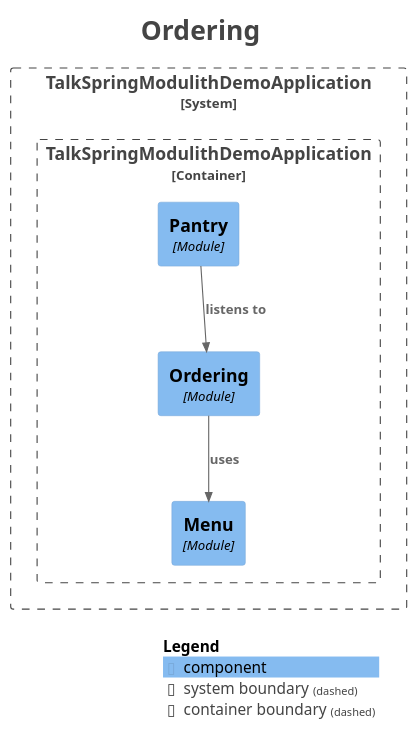
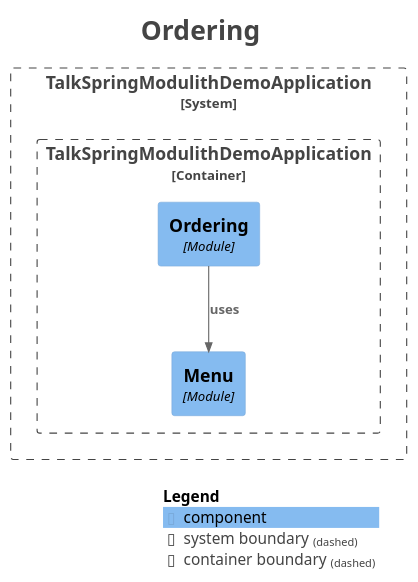
The second of 4 diagrams in README.md (neilpmas/talk-spring-modulith-demo), drawn with PlantUML before and after one commit.

Commit message:
fix: correct PlantUML relationships and remove unused Pantry component in README
- Adjusted relationship order in PlantUML diagram for clarity.
- Removed the unused Pantry component definition for consistency.

Took 46 seconds

````diff
--- a/README.md
+++ b/README.md
@@ -101,33 +101,31 @@
 ```plantuml
 @startuml
 title <size:24>Ordering</size>
 
 set separator none
 top to bottom direction
 
 <style>
   root {
     BackgroundColor: #ffffff
     FontColor: #444444
   }
 </style>
 
 !include <C4/C4>
 !include <C4/C4_Context>
 !include <C4/C4_Component>
 
 System_Boundary("TalkSpringModulithDemoApplication_boundary", "TalkSpringModulithDemoApplication", $tags="") {
   Container_Boundary("TalkSpringModulithDemoApplication.TalkSpringModulithDemoApplication_boundary", "TalkSpringModulithDemoApplication", $tags="") {
     Component(TalkSpringModulithDemoApplication.TalkSpringModulithDemoApplication.Menu, "Menu", $techn="Module", $descr="", $tags="", $link="")
     Component(TalkSpringModulithDemoApplication.TalkSpringModulithDemoApplication.Ordering, "Ordering", $techn="Module", $descr="", $tags="", $link="")
-    Component(TalkSpringModulithDemoApplication.TalkSpringModulithDemoApplication.Pantry, "Pantry", $techn="Module", $descr="", $tags="", $link="")
   }
 }
 
 Rel(TalkSpringModulithDemoApplication.TalkSpringModulithDemoApplication.Ordering, TalkSpringModulithDemoApplication.TalkSpringModulithDemoApplication.Menu, "uses", $techn="", $tags="", $link="")
-Rel(TalkSpringModulithDemoApplication.TalkSpringModulithDemoApplication.Pantry, TalkSpringModulithDemoApplication.TalkSpringModulithDemoApplication.Ordering, "listens to", $techn="", $tags="", $link="")
 
 SHOW_LEGEND(true)
 hide stereotypes
 @enduml
 ```
````
